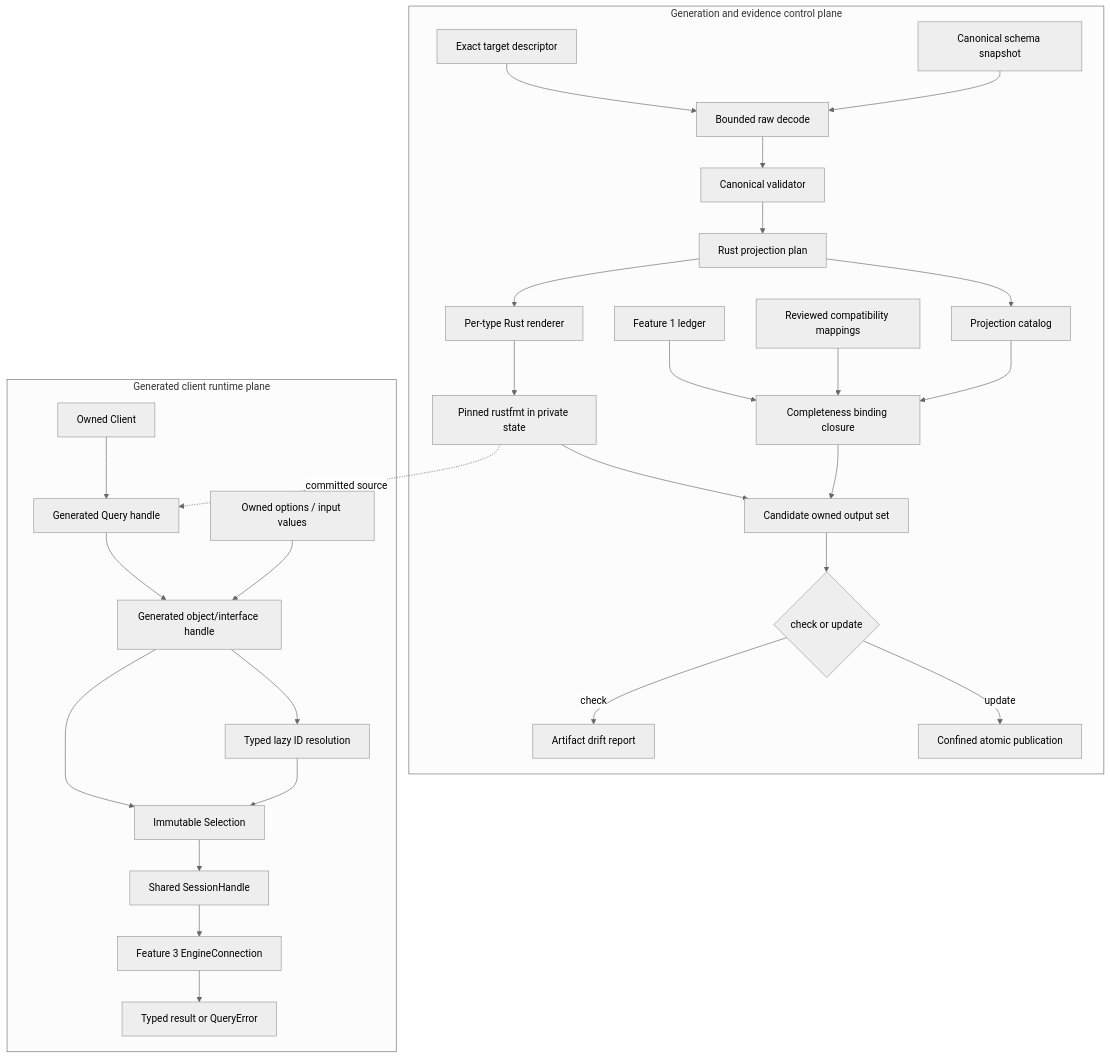
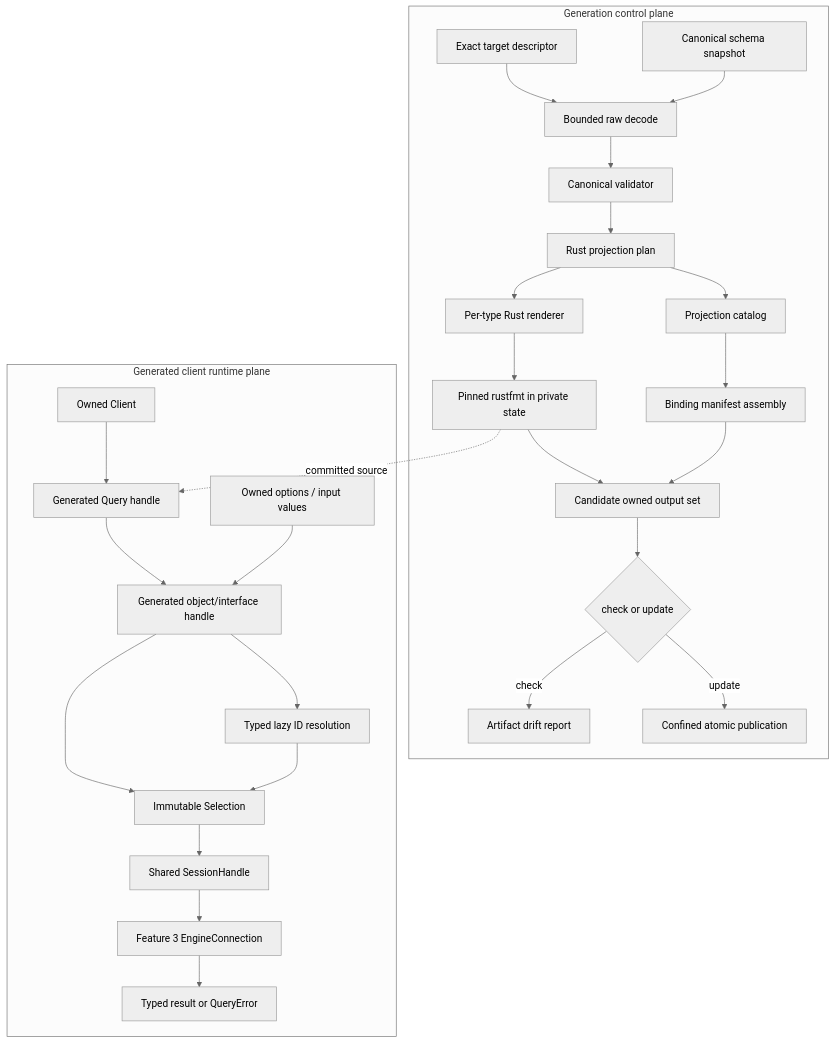
Before and after one commit to tokeira/dagger-rust-sdk: the diagram in .kiro/specs/rust-sdk-core-codegen/design.md, drawn with Mermaid (neutral theme). The commit also changed other lines of this file and 2 other files, not shown here.

First line of the commit message:
docs(sdk/rust): reinstate the Feature 4 core-codegen specification

````diff
--- a/.kiro/specs/rust-sdk-core-codegen/design.md
+++ b/.kiro/specs/rust-sdk-core-codegen/design.md
@@ -252,54 +241,50 @@
 ```mermaid
 flowchart TB
-    subgraph Control["Generation and evidence control plane"]
+    subgraph Control["Generation control plane"]
         Target["Exact target descriptor"]
         Snapshot["Canonical schema snapshot"]
-        Ledger["Feature 1 ledger"]
-        Mapping["Reviewed compatibility mappings"]
         Decode["Bounded raw decode"]
         Validate["Canonical validator"]
         Project["Rust projection plan"]
         Render["Per-type Rust renderer"]
         Format["Pinned rustfmt in private state"]
         Catalog["Projection catalog"]
-        Close["Completeness binding closure"]
+        Close["Binding manifest assembly"]
         Candidate["Candidate owned output set"]
         Mode{"check or update"}
         Compare["Artifact drift report"]
         Publish["Confined atomic publication"]
 
         Target --> Decode
         Snapshot --> Decode
         Decode --> Validate --> Project
         Project --> Render --> Format
         Project --> Catalog
-        Ledger --> Close
-        Mapping --> Close
         Catalog --> Close
         Format --> Candidate
         Close --> Candidate
         Candidate --> Mode
         Mode -->|check| Compare
         Mode -->|update| Publish
     end
 
     subgraph Runtime["Generated client runtime plane"]
         Client["Owned Client"]
         Root["Generated Query handle"]
         Handle["Generated object/interface handle"]
         Options["Owned options / input values"]
         Selection["Immutable Selection"]
         Ids["Typed lazy ID resolution"]
         Session["Shared SessionHandle"]
         Engine["Feature 3 EngineConnection"]
         DecodeResult["Typed result or QueryError"]
 
         Client --> Root --> Handle
         Options --> Handle
         Handle --> Selection
         Handle --> Ids --> Selection
         Selection --> Session --> Engine --> DecodeResult
     end
 
     Format -. "committed source" .-> Root
 ```
````
